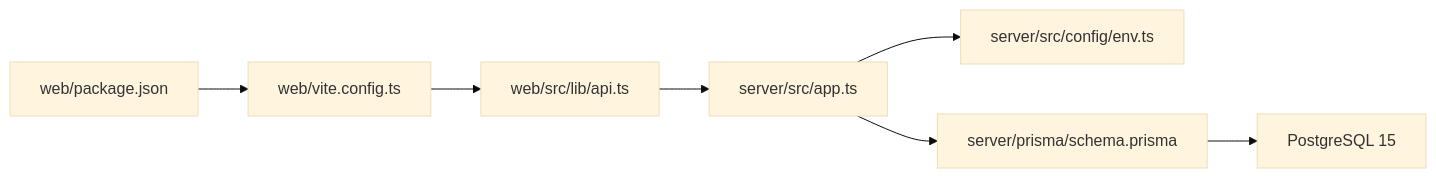
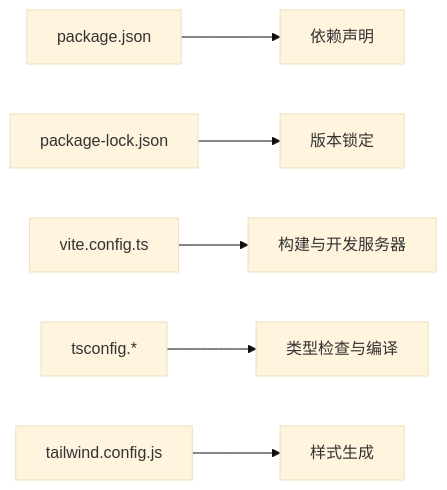
One commit to Damao997/newproject changed the fourth of 4 diagrams in .qoder/repowiki/zh/content/快速开始.md. Above: the diagram before and after it, drawn with Mermaid (base theme). The commit also changed other lines of this file and 391 other files, not shown here.

````diff
--- a/.qoder/repowiki/zh/content/快速开始.md
+++ b/.qoder/repowiki/zh/content/快速开始.md
@@ -235,9 +234,8 @@
 ```mermaid
 graph LR
-FE["web/package.json"] --> VITE["web/vite.config.ts"]
-VITE --> API["web/src/lib/api.ts"]
-API --> BE["server/src/app.ts"]
-BE --> ENV["server/src/config/env.ts"]
-BE --> PRISMA["server/prisma/schema.prisma"]
-PRISMA --> PG["PostgreSQL 15"]
+Pkg["package.json"] --> Deps["依赖声明"]
+Lock["package-lock.json"] --> Versions["版本锁定"]
+Vite["vite.config.ts"] --> Build["构建与开发服务器"]
+TS["tsconfig.*"] --> Types["类型检查与编译"]
+TW["tailwind.config.js"] --> Style["样式生成"]
 ```
````
